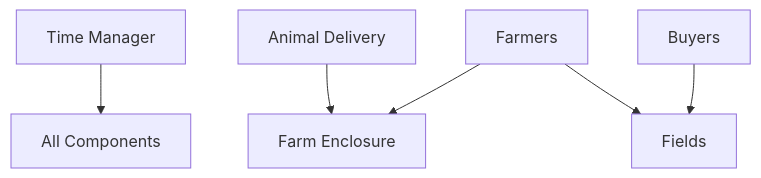
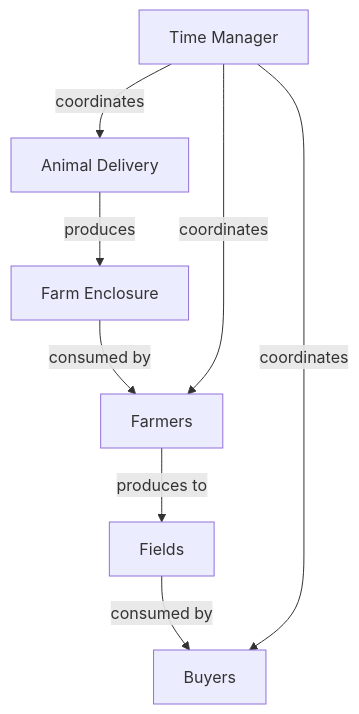
The first of 3 diagrams in design.MD (kennethazin/CSC1101_Multithread_Farm), drawn with Mermaid before and after one commit. The commit also changed other lines of this file, not shown here.

````diff
--- a/design.MD
+++ b/design.MD
@@ -66,8 +72,10 @@
 ```mermaid
 graph TD
-    A[Time Manager] --> B[All Components]
-    C[Animal Delivery] --> D[Farm Enclosure]
-    E[Farmers] --> D
-    E --> F[Fields]
-    G[Buyers] --> F
+    A[Animal Delivery] -->|produces| B[Farm Enclosure]
+    B -->|consumed by| C[Farmers]
+    C -->|produces to| D[Fields]
+    D -->|consumed by| E[Buyers]
+    F[Time Manager] -->|coordinates| A
+    F -->|coordinates| C
+    F -->|coordinates| E
 ```
````
